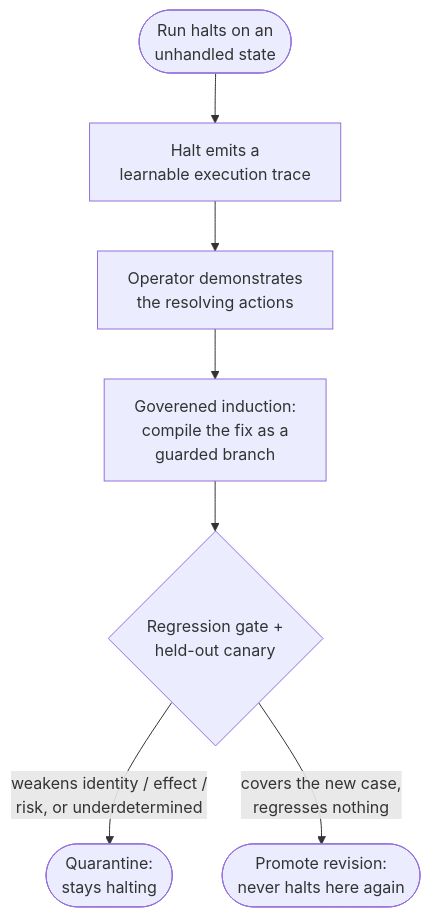
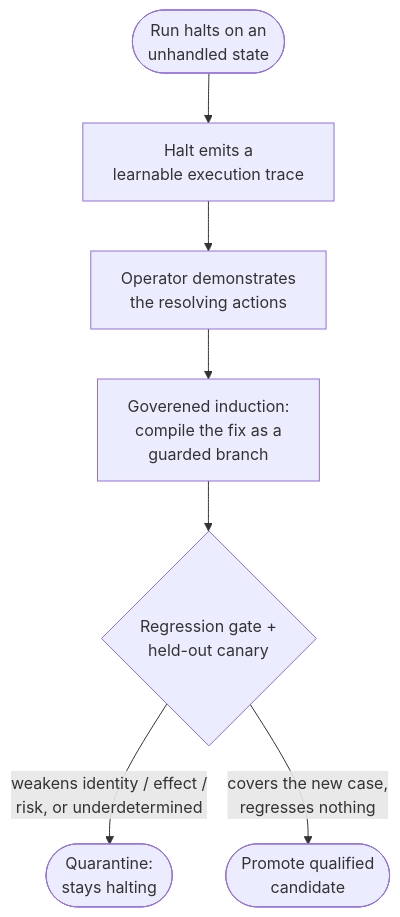
One commit to OpenAdaptAI/openadapt-ops changed the diagram in docs/concepts/halt-learn-loop.md. Above: the diagram before and after it, drawn with Mermaid. The commit also changed other lines of this file, not shown here.

````diff
--- a/docs/concepts/halt-learn-loop.md
+++ b/docs/concepts/halt-learn-loop.md
@@ -256,9 +256,9 @@
 ```mermaid
 flowchart TD
     H([Run halts on an<br/>unhandled state]) --> T[Halt emits a<br/>learnable execution trace]
     T --> D[Operator demonstrates<br/>the resolving actions]
     D --> I[Goverened induction:<br/>compile the fix as a<br/>guarded branch]
     I --> G{Regression gate +<br/>held-out canary}
     G -->|weakens identity / effect /<br/>risk, or underdetermined| Q([Quarantine:<br/>stays halting])
-    G -->|covers the new case,<br/>regresses nothing| P([Promote revision:<br/>never halts here again])
+    G -->|covers the new case,<br/>regresses nothing| P([Promote qualified<br/>candidate])
 ```
````
